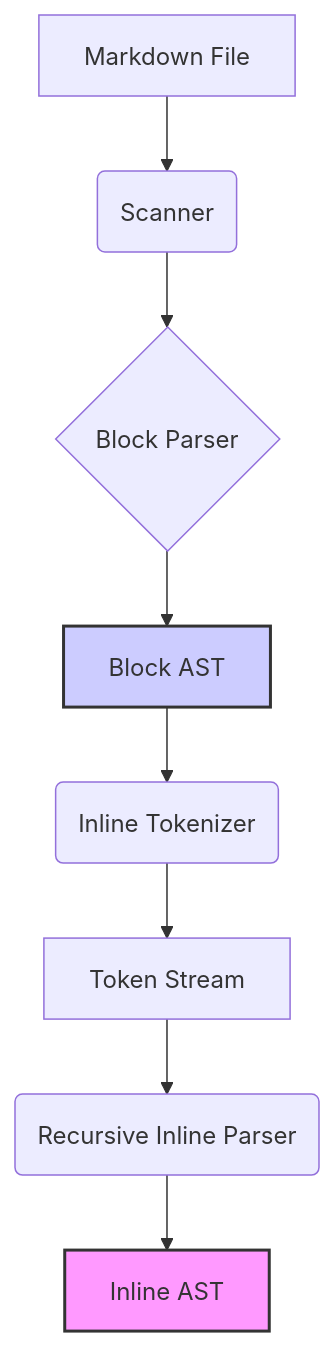
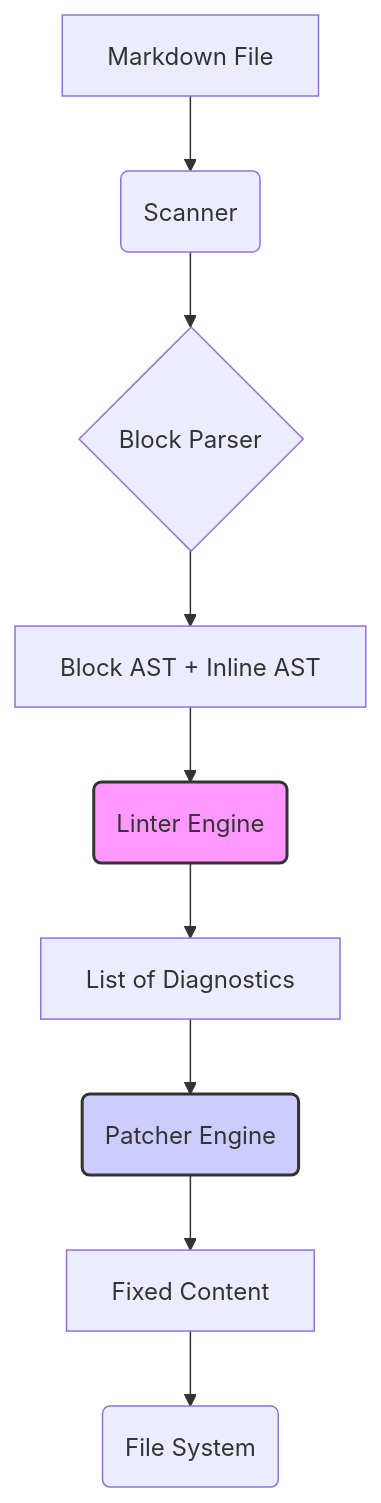
One commit to ricci-git/mdfix changed the diagram in README.md. Above: the diagram before and after it, drawn with Mermaid. The commit also changed other lines of this file, not shown here.

Commit message:
docs(readme): major update to v0.9.0 features and architecture

````diff
--- a/README.md
+++ b/README.md
@@ -56,13 +59,14 @@
 ```mermaid
 graph TD
     A[Markdown File] --> B(Scanner)
     B --> C{Block Parser}
-    C --> D[Block AST]
-    D --> E(Inline Tokenizer)
-    E --> F[Token Stream]
-    F --> G(Recursive Inline Parser)
-    G --> H[Inline AST]
-
-    style H fill:#f9f,stroke:#333,stroke-width:2px
-    style D fill:#ccf,stroke:#333,stroke-width:2px
+    C --> D[Block AST + Inline AST]
+    D --> E(Linter Engine)
+    E --> F[List of Diagnostics]
+    F --> G(Patcher Engine)
+    G --> H[Fixed Content]
+    H --> I(File System)
+    
+    style E fill:#f9f,stroke:#333,stroke-width:2px
+    style G fill:#ccf,stroke:#333,stroke-width:2px
 ```
````
